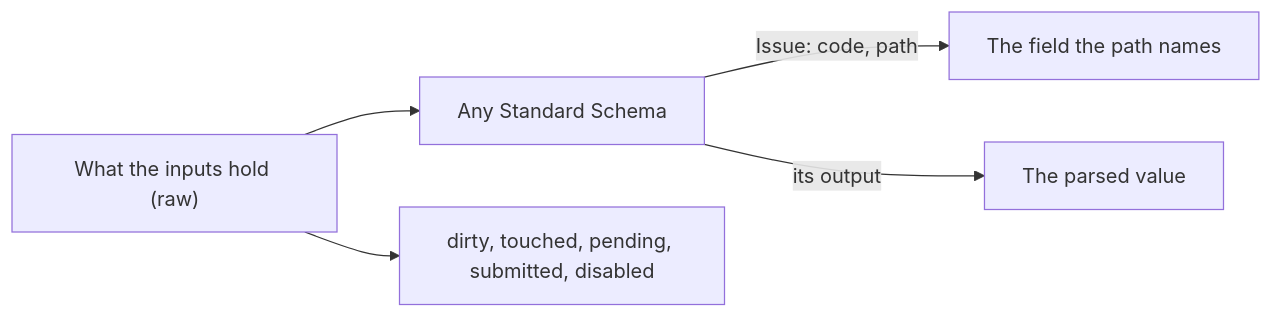
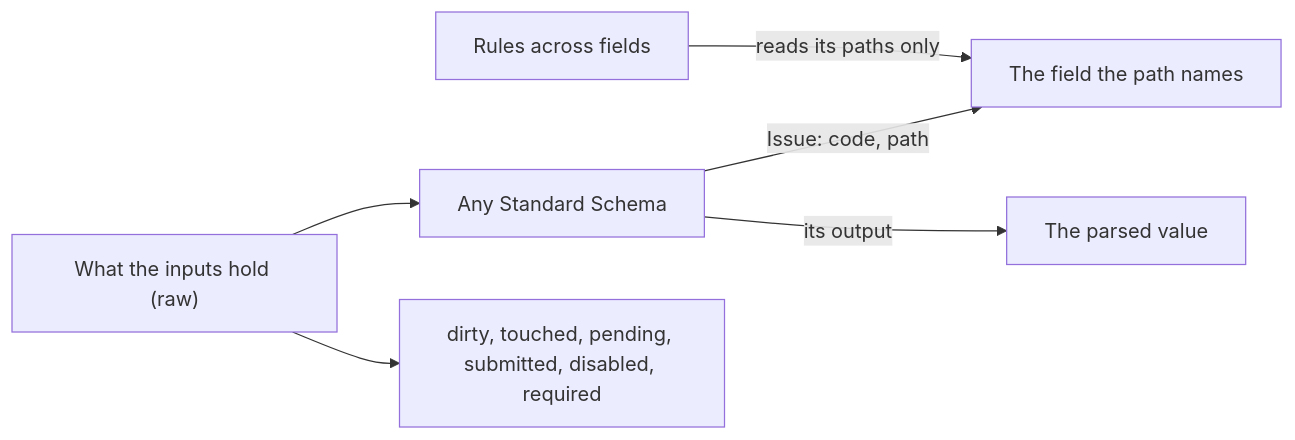
One commit to Eoth/yaltaan changed the diagram in docs/guide/en/form.md. Above: the diagram before and after it, drawn with Mermaid. The commit also changed other lines of this file and 19 other files, not shown here.

````diff
--- a/docs/guide/en/form.md
+++ b/docs/guide/en/form.md
@@ -9,7 +9,8 @@
 ```mermaid
 flowchart LR
   input["What the inputs hold (raw)"] --> schema["Any Standard Schema"]
   schema -->|"Issue: code, path"| field["The field the path names"]
   schema -->|"its output"| parsed["The parsed value"]
-  input --> states["dirty, touched, pending, submitted, disabled"]
+  rules["Rules across fields"] -->|"reads its paths only"| field
+  input --> states["dirty, touched, pending, submitted, disabled, required"]
 ```
````
